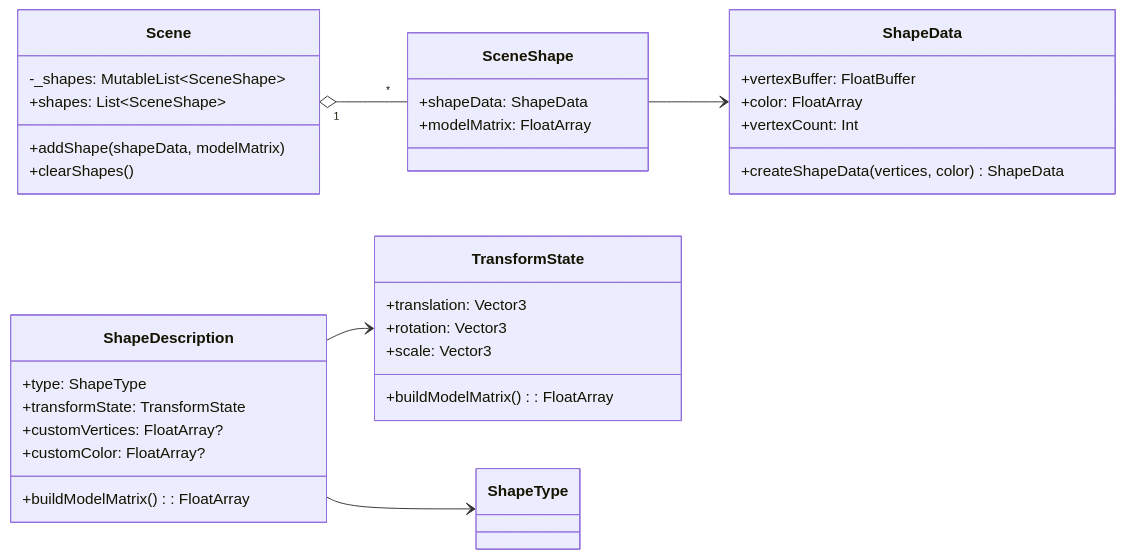
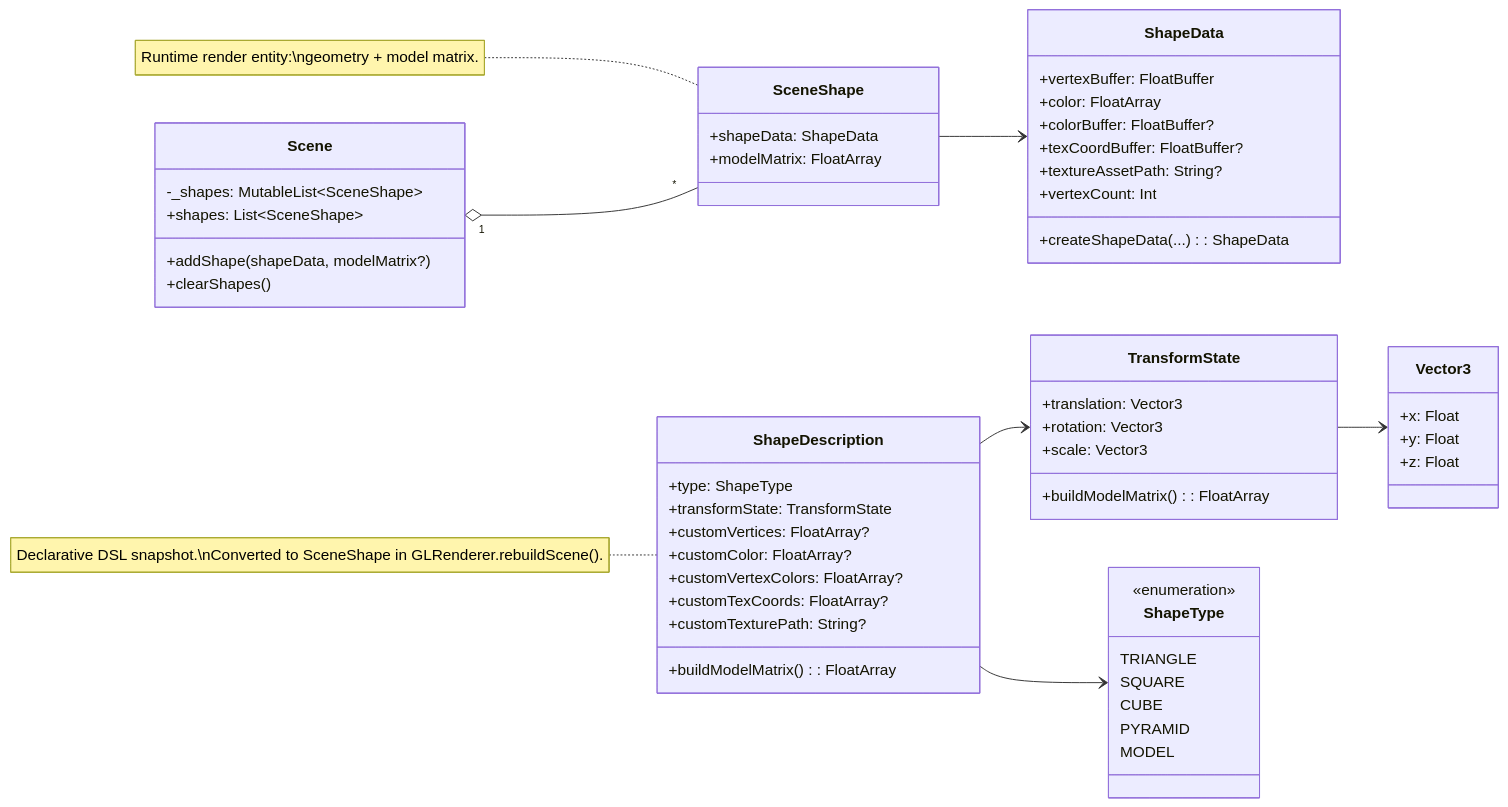
The diagram in docs/uml/03-scene-domain-layer.md (hr5h/GLViz), drawn with Mermaid before and after one commit. The commit also changed 11 other files, not shown here.

````diff
--- a/docs/uml/03-scene-domain-layer.md
+++ b/docs/uml/03-scene-domain-layer.md
@@ -3,42 +3,68 @@
 ```mermaid
 classDiagram
 direction LR
 
 class Scene {
   -_shapes: MutableList~SceneShape~
   +shapes: List~SceneShape~
-  +addShape(shapeData, modelMatrix)
+  +addShape(shapeData, modelMatrix?)
   +clearShapes()
 }
 
 class SceneShape {
   +shapeData: ShapeData
   +modelMatrix: FloatArray
 }
 
 class ShapeDescription {
   +type: ShapeType
   +transformState: TransformState
   +customVertices: FloatArray?
   +customColor: FloatArray?
+  +customVertexColors: FloatArray?
+  +customTexCoords: FloatArray?
+  +customTexturePath: String?
   +buildModelMatrix(): FloatArray
 }
 
 class TransformState {
   +translation: Vector3
   +rotation: Vector3
   +scale: Vector3
   +buildModelMatrix(): FloatArray
 }
+
+class Vector3 {
+  +x: Float
+  +y: Float
+  +z: Float
+}
+
 class ShapeData {
   +vertexBuffer: FloatBuffer
   +color: FloatArray
+  +colorBuffer: FloatBuffer?
+  +texCoordBuffer: FloatBuffer?
+  +textureAssetPath: String?
   +vertexCount: Int
-  +createShapeData(vertices, color) ShapeData
+  +createShapeData(...): ShapeData
+}
+
+class ShapeType {
+  <<enumeration>>
+  TRIANGLE
+  SQUARE
+  CUBE
+  PYRAMID
+  MODEL
 }
 
 Scene "1" o-- "*" SceneShape
 SceneShape --> ShapeData
 ShapeDescription --> TransformState
 ShapeDescription --> ShapeType
+TransformState --> Vector3
+
+note for ShapeDescription "Declarative DSL snapshot.\nConverted to SceneShape in GLRenderer.rebuildScene()."
+note for SceneShape "Runtime render entity:\ngeometry + model matrix."
 ```
````
